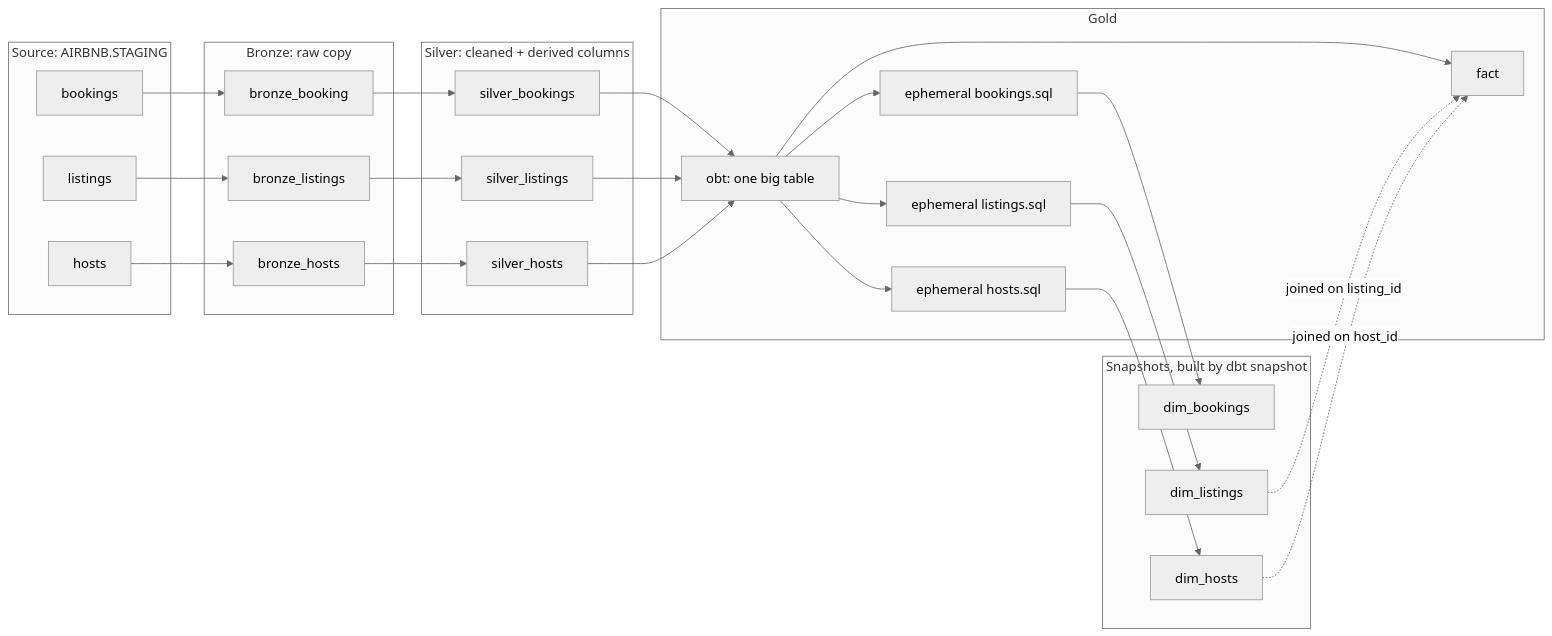
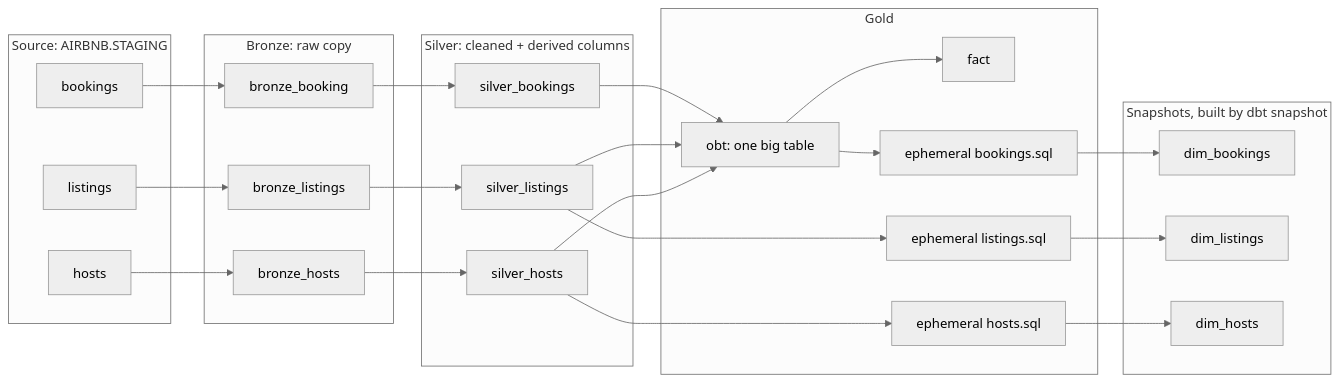
One commit to yousseffwaleed/airbnb-enterprise-data-platform changed the third of 3 diagrams in README.md. Above: the diagram before and after it, drawn with Mermaid (neutral theme). The commit also changed other lines of this file and 16 other files, not shown here.

````diff
--- a/README.md
+++ b/README.md
@@ -155,50 +156,47 @@
 ```mermaid
 flowchart LR
     subgraph SRC[Source: AIRBNB.STAGING]
         sb[bookings]
         sl[listings]
         sh[hosts]
     end
 
     subgraph BRONZE[Bronze: raw copy]
         bb[bronze_booking]
         bl[bronze_listings]
         bh[bronze_hosts]
     end
 
     subgraph SILVER[Silver: cleaned + derived columns]
         sib[silver_bookings]
         sil[silver_listings]
         sih[silver_hosts]
     end
 
     subgraph GOLD[Gold]
         obt[obt: one big table]
         fact[fact]
         eb[ephemeral bookings.sql]
         el[ephemeral listings.sql]
         eh[ephemeral hosts.sql]
     end
 
     subgraph SNAP[Snapshots, built by dbt snapshot]
         db[dim_bookings]
         dl[dim_listings]
         dh[dim_hosts]
     end
 
     sb --> bb --> sib
     sl --> bl --> sil
     sh --> bh --> sih
 
     sib --> obt
     sil --> obt
     sih --> obt
 
     obt --> fact
     obt --> eb --> db
-    obt --> el --> dl
-    obt --> eh --> dh
-
-    dl -. joined on listing_id .-> fact
-    dh -. joined on host_id .-> fact
+    sil --> el --> dl
+    sih --> eh --> dh
 ```
````
